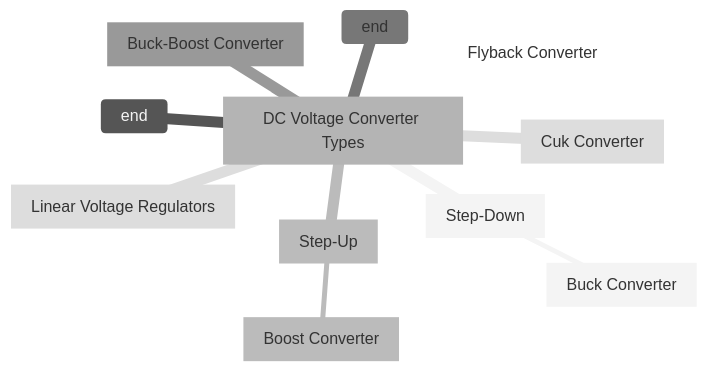
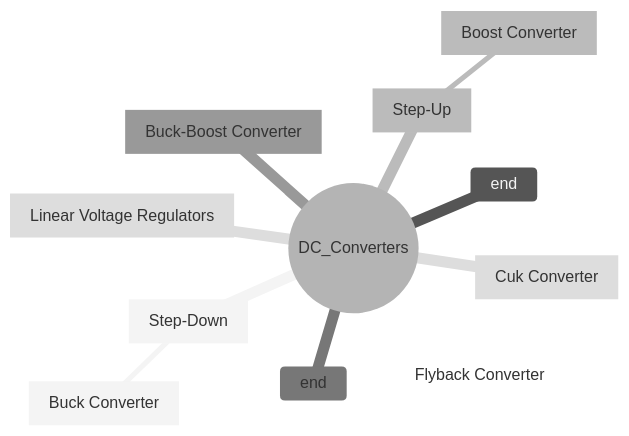
One commit to mbz4/Technical_Interview changed the first of 4 diagrams in Circuit_Design_Task/README.md. Above: the diagram before and after it, drawn with Mermaid (neutral theme).

````diff
--- a/Circuit_Design_Task/README.md
+++ b/Circuit_Design_Task/README.md
@@ -52,14 +52,14 @@
 ```mermaid
 mindmap
-  subgraph DC_Converters [DC Voltage Converter Types]
+  root((DC_Converters))
     subgraph StepDown [Step-Down]
       Buck[Buck Converter]
     end
     subgraph StepUp [Step-Up]
       Boost[Boost Converter]
     end
     BuckBoost[Buck-Boost Converter]
     Linear[Linear Voltage Regulators]
     Flyback[Flyback Converter]
     Cuk[Cuk Converter]
 ```
````
